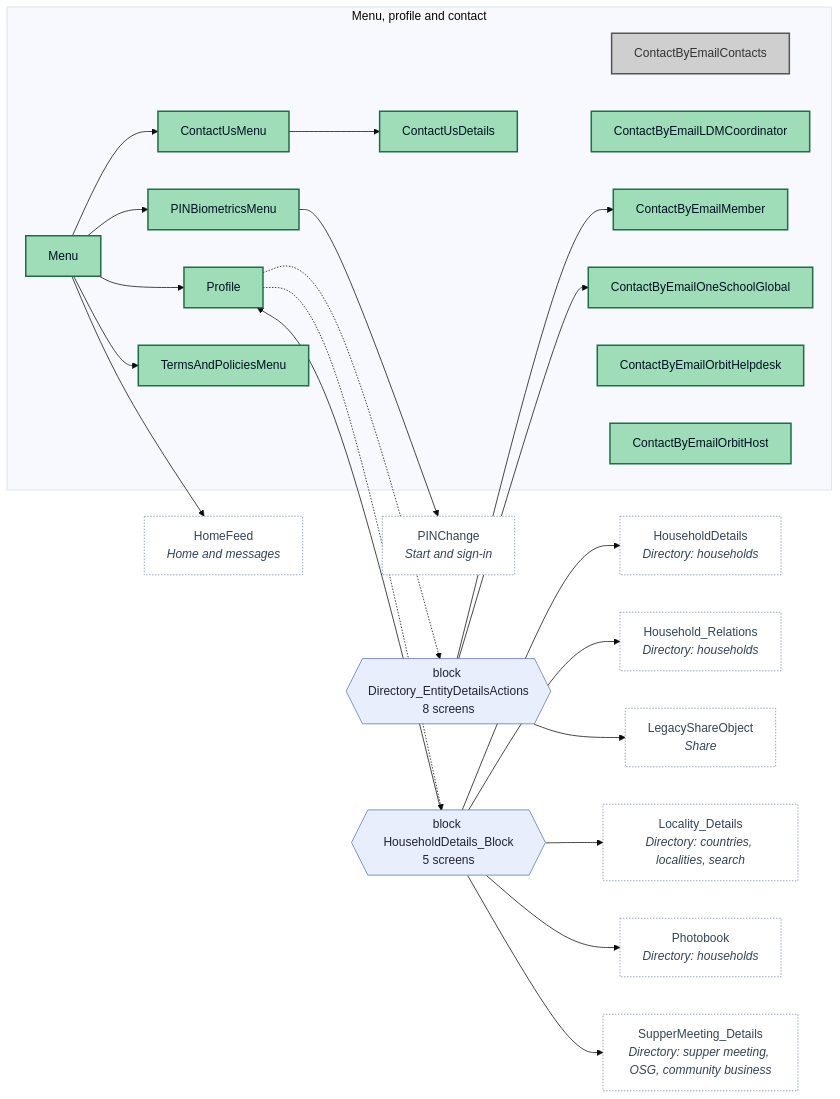
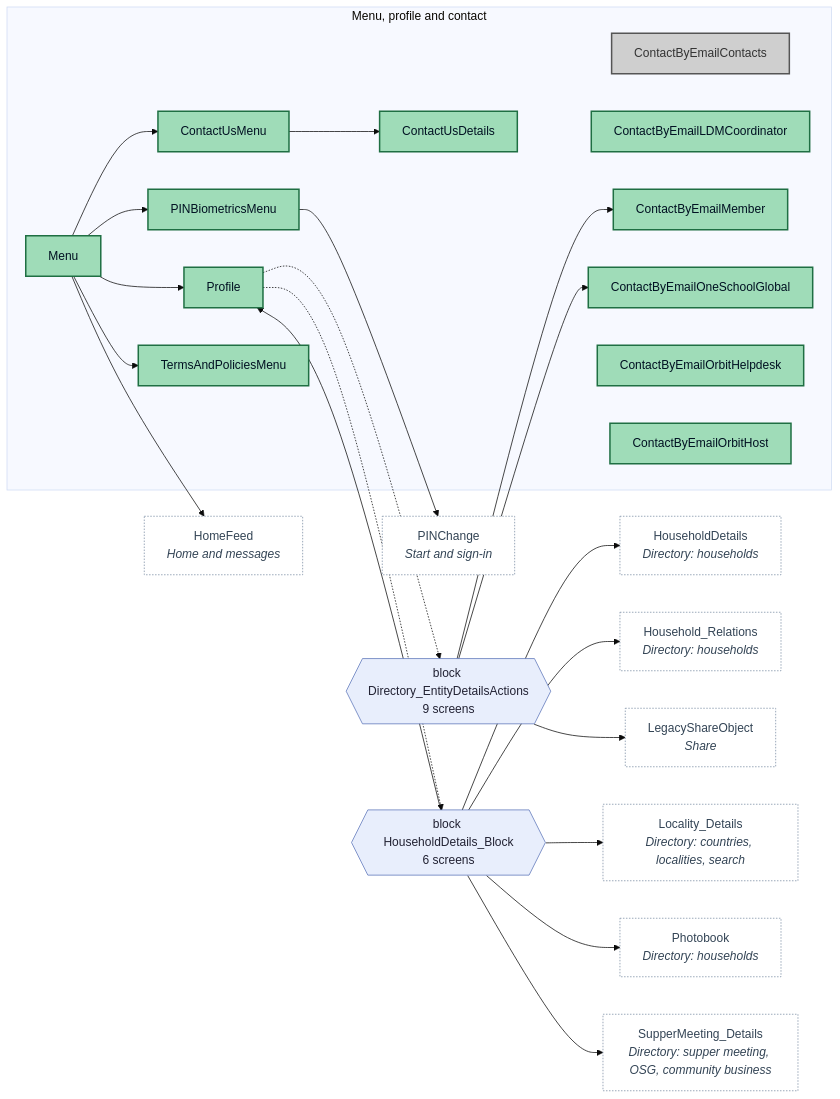
One commit to Phoenix-DX/connect-new-ui changed diagram 12 of 14 in migration/sitemap.md. Above: the diagram before and after it, drawn with Mermaid (base theme). The commit also changed other lines of this file and 15 other files, not shown here.

````diff
--- a/migration/sitemap.md
+++ b/migration/sitemap.md
@@ -679,52 +692,52 @@
 ```mermaid
 flowchart LR
   classDef build fill:#9fdcb8,stroke:#1f6f43,color:#012,stroke-width:2px
   classDef skip fill:#cfcfcf,stroke:#555555,color:#333,stroke-width:2px
   classDef pbuild fill:#e3f5ea,stroke:#2e8b57,color:#123,stroke-dasharray:4 3
   classDef decide fill:#fff1c9,stroke:#c99700,color:#321,stroke-dasharray:4 3
   classDef pskip fill:#f2f2f2,stroke:#999999,color:#666,stroke-dasharray:4 3
   classDef ext fill:#ffffff,stroke:#7a8ca3,color:#345,stroke-dasharray:2 2
   classDef hub fill:#e8eefc,stroke:#5b74b8,color:#223
   subgraph AREA["Menu, profile and contact"]
     ContactByEmailContacts["ContactByEmailContacts"]:::skip
     ContactByEmailLDMCoordinator["ContactByEmailLDMCoordinator"]:::build
     ContactByEmailMember["ContactByEmailMember"]:::build
     ContactByEmailOneSchoolGlobal["ContactByEmailOneSchoolGlobal"]:::build
     ContactByEmailOrbitHelpdesk["ContactByEmailOrbitHelpdesk"]:::build
     ContactByEmailOrbitHost["ContactByEmailOrbitHost"]:::build
     ContactUsDetails["ContactUsDetails"]:::build
     ContactUsMenu["ContactUsMenu"]:::build
     Menu["Menu"]:::build
     PINBiometricsMenu["PINBiometricsMenu"]:::build
     Profile["Profile"]:::build
     TermsAndPoliciesMenu["TermsAndPoliciesMenu"]:::build
   end
   HomeFeed["HomeFeed<br/><i>Home and messages</i>"]:::ext
   HouseholdDetails["HouseholdDetails<br/><i>Directory: households</i>"]:::ext
   Household_Relations["Household_Relations<br/><i>Directory: households</i>"]:::ext
   LegacyShareObject["LegacyShareObject<br/><i>Share</i>"]:::ext
   Locality_Details["Locality_Details<br/><i>Directory: countries, localities, search</i>"]:::ext
   PINChange["PINChange<br/><i>Start and sign-in</i>"]:::ext
   Photobook["Photobook<br/><i>Directory: households</i>"]:::ext
   SupperMeeting_Details["SupperMeeting_Details<br/><i>Directory: supper meeting, OSG, community business</i>"]:::ext
-  H0{{"block Directory_EntityDetailsActions<br/>8 screens"}}:::hub
-  H1{{"block HouseholdDetails_Block<br/>5 screens"}}:::hub
+  H0{{"block Directory_EntityDetailsActions<br/>9 screens"}}:::hub
+  H1{{"block HouseholdDetails_Block<br/>6 screens"}}:::hub
   ContactUsMenu --> ContactUsDetails
   Menu --> ContactUsMenu
   Menu --> HomeFeed
   Menu --> PINBiometricsMenu
   Menu --> Profile
   Menu --> TermsAndPoliciesMenu
   PINBiometricsMenu --> PINChange
   Profile -.-> H0
   Profile -.-> H1
   H0 --> ContactByEmailMember
   H0 --> ContactByEmailOneSchoolGlobal
   H0 --> LegacyShareObject
   H1 --> HouseholdDetails
   H1 --> Household_Relations
   H1 --> Locality_Details
   H1 --> Photobook
   H1 --> Profile
   H1 --> SupperMeeting_Details
 ```
````
